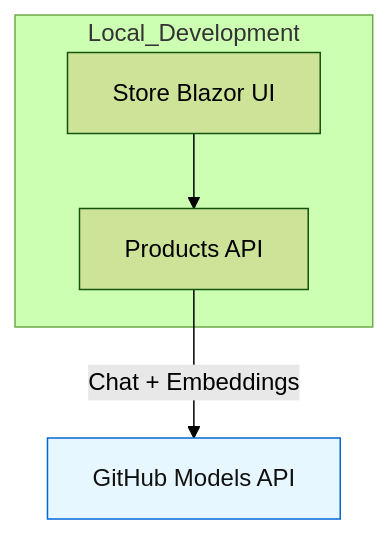
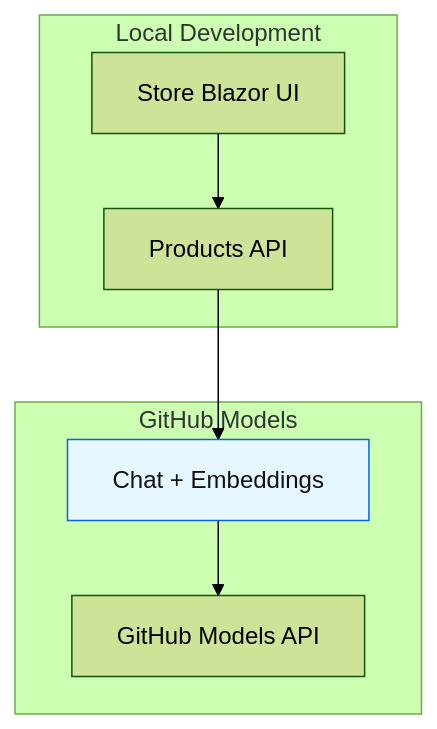
One commit to luckysuie/proj7 changed the first of 2 diagrams in scenarios/11-GitHubModels/README.md. Above: the diagram before and after it, drawn with Mermaid (forest theme).

Commit message:
fix: Improve Mermaid diagram structure for better clarity in README

````diff
--- a/scenarios/11-GitHubModels/README.md
+++ b/scenarios/11-GitHubModels/README.md
@@ -63,13 +63,19 @@
 ```mermaid
 flowchart TD
   A[Store Blazor UI] --> B[Products API]
-  B -->|Chat + Embeddings| C[GitHub Models API]
+  B --> C[Chat + Embeddings]
+  C --> D[GitHub Models API]
 
-  subgraph Local_Development
+  subgraph Local Development
     A
     B
+  end
+
+  subgraph GitHub Models
+    C
+    D
   end
 
   classDef cloud fill:#E6F7FF,stroke:#0366d6,color:#111
   class C cloud
 ```
````
